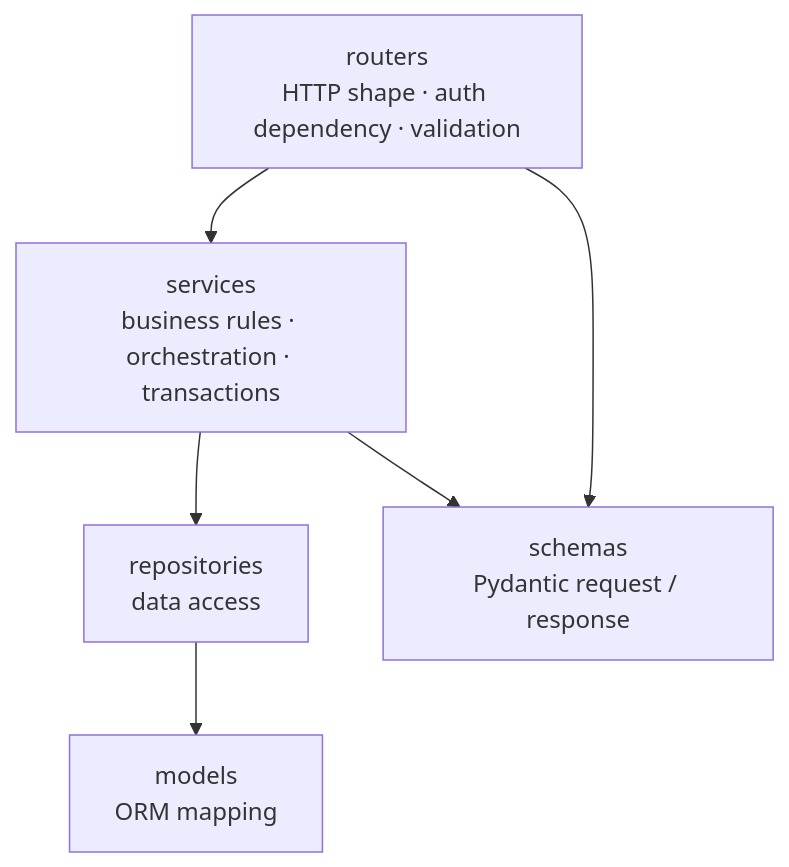
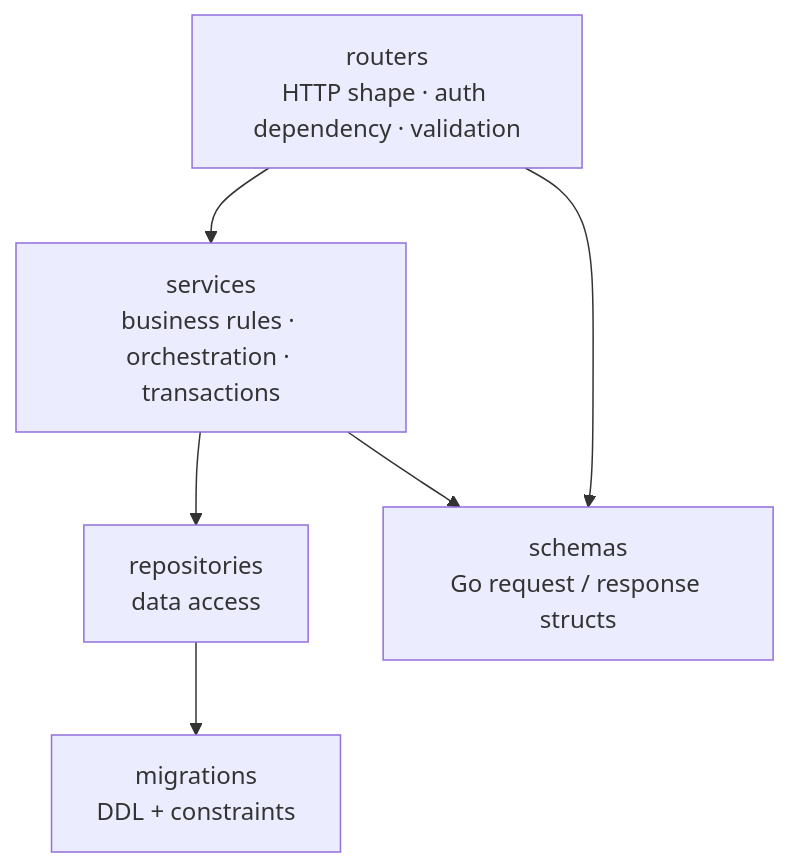
One commit to codewithduong05/B2B-Platform changed the second of 5 diagrams in docs/02-system-architecture.md. Above: the diagram before and after it, drawn with Mermaid. The commit also changed other lines of this file and 7 other files, not shown here.

````diff
--- a/docs/02-system-architecture.md
+++ b/docs/02-system-architecture.md
@@ -105,14 +105,14 @@
 ```mermaid
 flowchart TD
     R["routers<br/>HTTP shape · auth dependency · validation"]
     S["services<br/>business rules · orchestration · transactions"]
     P["repositories<br/>data access"]
-    M["models<br/>ORM mapping"]
-    SC["schemas<br/>Pydantic request / response"]
+    M["migrations<br/>DDL + constraints"]
+    SC["schemas<br/>Go request / response structs"]
 
     R --> S
     R --> SC
     S --> P
     S --> SC
     P --> M
 ```
````
